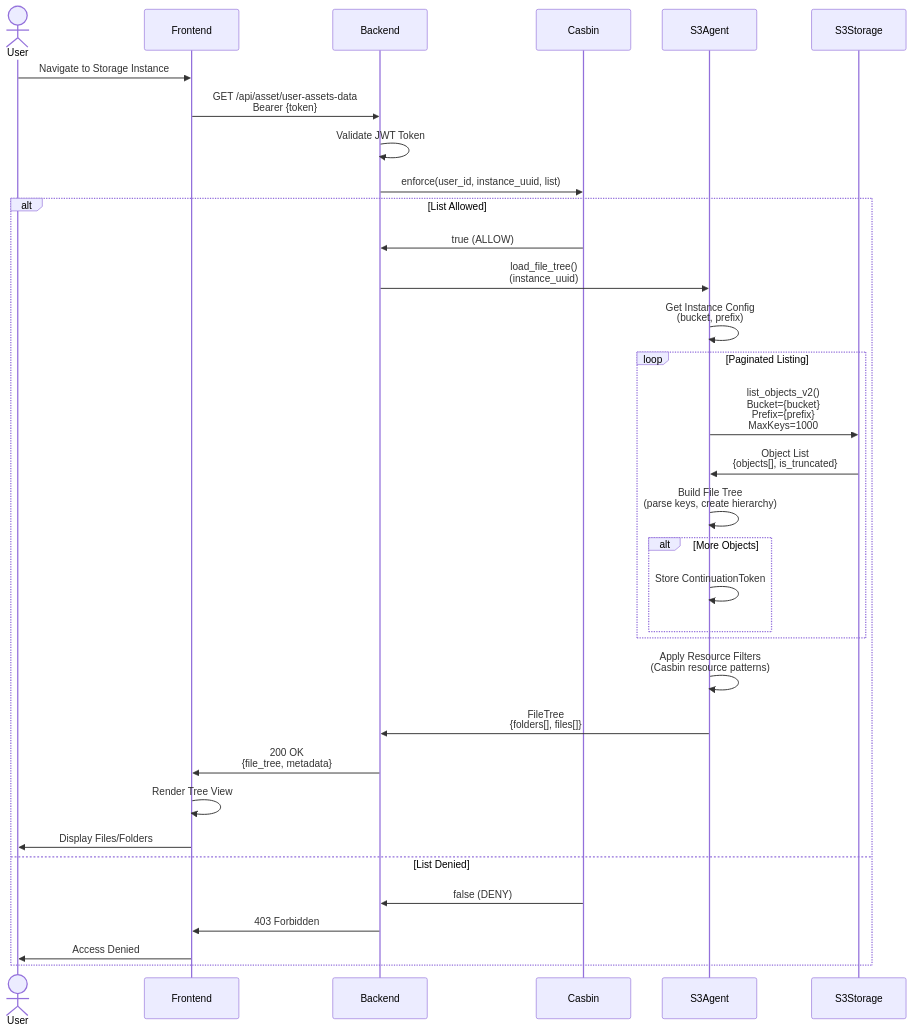
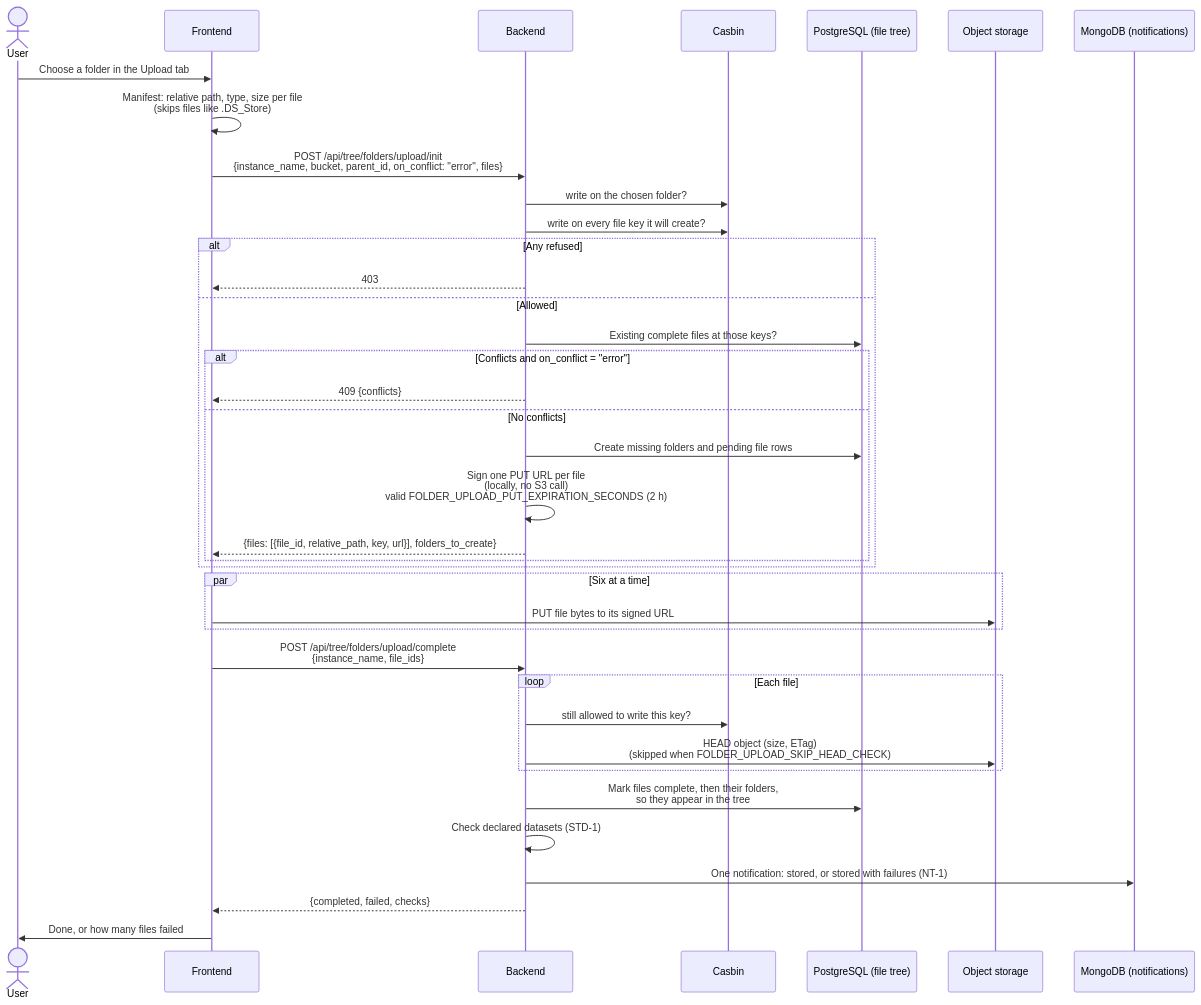
Before and after one commit to pmahon3/Data-Portal: the third of 6 diagrams in docs/diagrams/sequence-storage-access.md, drawn with Mermaid. The commit also changed other lines of this file, not shown here.

First line of the commit message:
docs(diagrams): add the folder upload sequence and bring storage diagrams up to date

````diff
--- a/docs/diagrams/sequence-storage-access.md
+++ b/docs/diagrams/sequence-storage-access.md
@@ -62,49 +66,43 @@
 ```mermaid
 sequenceDiagram
     actor User
     participant Frontend
     participant Backend
     participant Casbin
-    participant S3Agent
-    participant S3Storage
+    participant Postgres as PostgreSQL (file tree)
+    participant S3 as Object storage
+    participant Mongo as MongoDB (notifications)
 
-    User->>Frontend: Navigate to Storage Instance
-    Frontend->>Backend: GET /api/asset/user-assets-data<br/>Bearer {token}
+    User->>Frontend: Choose a folder in the Upload tab
+    Frontend->>Frontend: Manifest: relative path, type, size per file<br/>(skips files like .DS_Store)
+    Frontend->>Backend: POST /api/tree/folders/upload/init<br/>{instance_name, bucket, parent_id, on_conflict: "error", files}
+    Backend->>Casbin: write on the chosen folder?
+    Backend->>Casbin: write on every file key it will create?
+    alt Any refused
+        Backend-->>Frontend: 403
+    else Allowed
+        Backend->>Postgres: Existing complete files at those keys?
+        alt Conflicts and on_conflict = "error"
+            Backend-->>Frontend: 409 {conflicts}
+        else No conflicts
+            Backend->>Postgres: Create missing folders and pending file rows
+            Backend->>Backend: Sign one PUT URL per file<br/>(locally, no S3 call)<br/>valid FOLDER_UPLOAD_PUT_EXPIRATION_SECONDS (2 h)
+            Backend-->>Frontend: {files: [{file_id, relative_path, key, url}], folders_to_create}
+        end
+    end
 
-    Backend->>Backend: Validate JWT Token
-    Backend->>Casbin: enforce(user_id, instance_uuid, list)
+    par Six at a time
+        Frontend->>S3: PUT file bytes to its signed URL
+    end
 
-    alt List Allowed
-        Casbin->>Backend: true (ALLOW)
-
-        Backend->>S3Agent: load_file_tree()<br/>(instance_uuid)
-
-        S3Agent->>S3Agent: Get Instance Config<br/>(bucket, prefix)
-
-        loop Paginated Listing
-            S3Agent->>S3Storage: list_objects_v2()<br/>Bucket={bucket}<br/>Prefix={prefix}<br/>MaxKeys=1000
-
-            S3Storage->>S3Agent: Object List<br/>{objects[], is_truncated}
-
-            S3Agent->>S3Agent: Build File Tree<br/>(parse keys, create hierarchy)
-
-            alt More Objects
-                S3Agent->>S3Agent: Store ContinuationToken
-            end
-        end
-
-        S3Agent->>S3Agent: Apply Resource Filters<br/>(Casbin resource patterns)
-
-        S3Agent->>Backend: FileTree<br/>{folders[], files[]}
-
-        Backend->>Frontend: 200 OK<br/>{file_tree, metadata}
-
-        Frontend->>Frontend: Render Tree View
-        Frontend->>User: Display Files/Folders
-
-    else List Denied
-        Casbin->>Backend: false (DENY)
-        Backend->>Frontend: 403 Forbidden
-        Frontend->>User: Access Denied
+    Frontend->>Backend: POST /api/tree/folders/upload/complete<br/>{instance_name, file_ids}
+    loop Each file
+        Backend->>Casbin: still allowed to write this key?
+        Backend->>S3: HEAD object (size, ETag)<br/>(skipped when FOLDER_UPLOAD_SKIP_HEAD_CHECK)
     end
+    Backend->>Postgres: Mark files complete, then their folders,<br/>so they appear in the tree
+    Backend->>Backend: Check declared datasets (STD-1)
+    Backend->>Mongo: One notification: stored, or stored with failures (NT-1)
+    Backend-->>Frontend: {completed, failed, checks}
+    Frontend->>User: Done, or how many files failed
 ```
````
